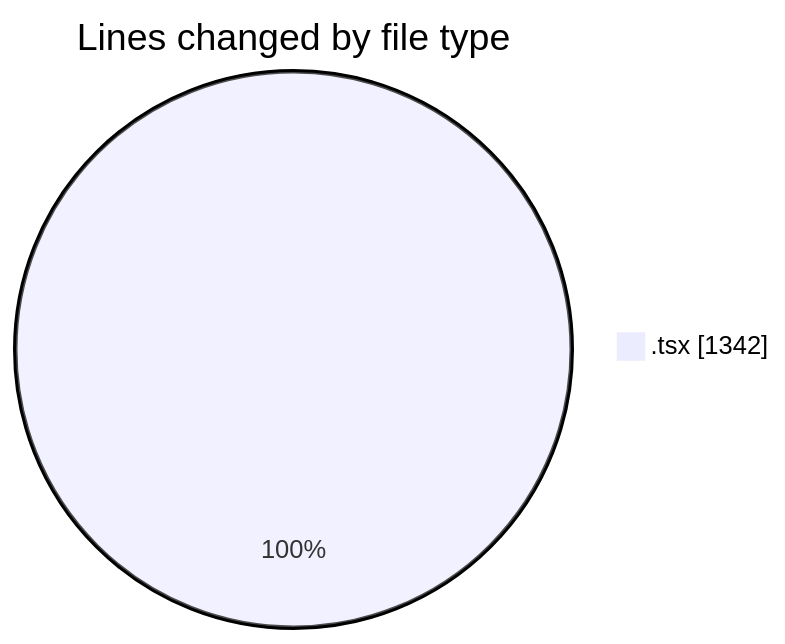
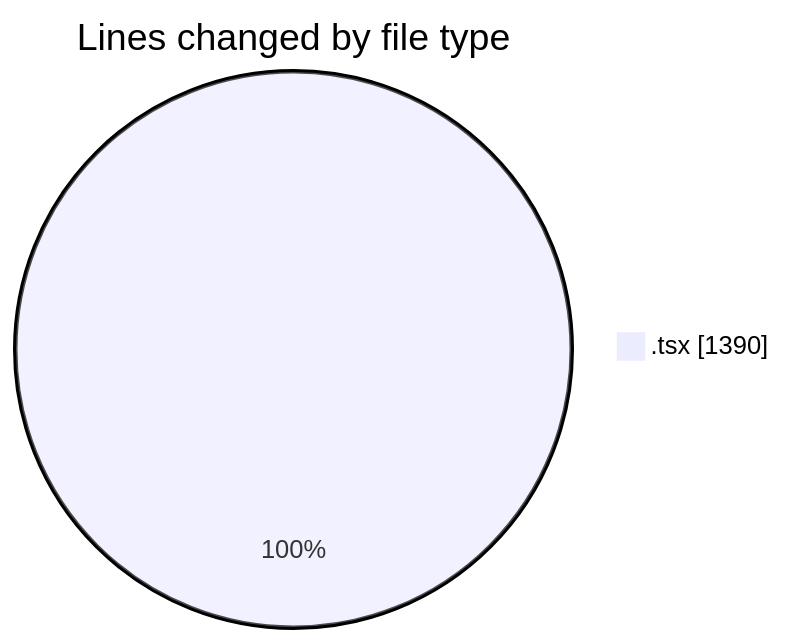
The first of 2 diagrams in 2026-02-02/nxtqube_webapp/README.md (nxtqubesakshisongat/code-tracking), drawn with Mermaid before and after one commit. The commit also changed other lines of this file and 1 other file, not shown here.

````diff
--- a/2026-02-02/nxtqube_webapp/README.md
+++ b/2026-02-02/nxtqube_webapp/README.md
@@ -23,5 +23,5 @@
 ```mermaid
 pie showData
 title Lines changed by file type
-".tsx" : 1342
+".tsx" : 1390
 ```
````
